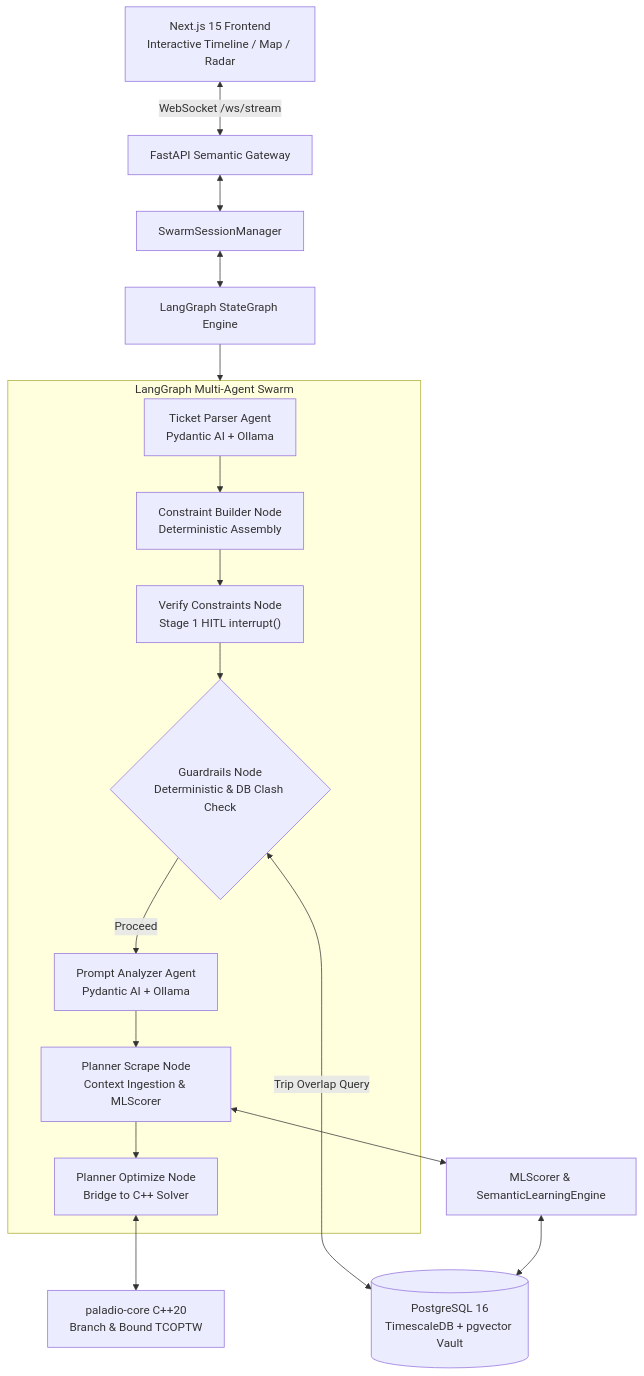
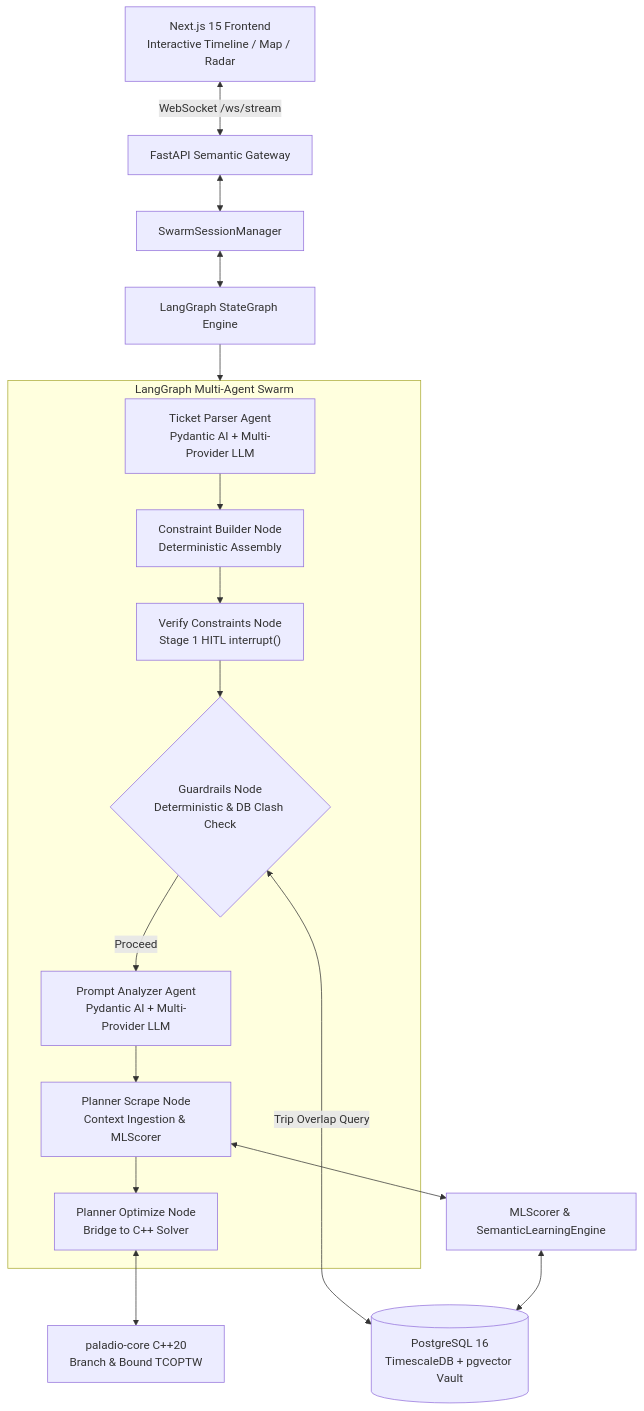
One commit to Leandro-Juan/paladio changed the first of 2 diagrams in README.md. Above: the diagram before and after it, drawn with Mermaid. The commit also changed other lines of this file and 31 other files, not shown here.

````diff
--- a/README.md
+++ b/README.md
@@ -39,21 +39,21 @@
 ```mermaid
 graph TD
     Client["Next.js 15 Frontend<br/>Interactive Timeline / Map / Radar"] <-->|"WebSocket /ws/stream"| Gateway["FastAPI Semantic Gateway"]
     Gateway <--> Session["SwarmSessionManager"]
     Session <--> Graph["LangGraph StateGraph Engine"]
     
     subgraph Swarm["LangGraph Multi-Agent Swarm"]
-        TP["Ticket Parser Agent<br/>Pydantic AI + Ollama"] --> AC["Constraint Builder Node<br/>Deterministic Assembly"]
+        TP["Ticket Parser Agent<br/>Pydantic AI + Multi-Provider LLM"] --> AC["Constraint Builder Node<br/>Deterministic Assembly"]
         AC --> VC["Verify Constraints Node<br/>Stage 1 HITL interrupt()"]
         VC --> GR{"Guardrails Node<br/>Deterministic & DB Clash Check"}
-        GR -->|"Proceed"| PA["Prompt Analyzer Agent<br/>Pydantic AI + Ollama"]
+        GR -->|"Proceed"| PA["Prompt Analyzer Agent<br/>Pydantic AI + Multi-Provider LLM"]
         PA --> PS["Planner Scrape Node<br/>Context Ingestion & MLScorer"]
         PS --> PO["Planner Optimize Node<br/>Bridge to C++ Solver"]
     end
     
     Graph --> Swarm
     GR <-->|"Trip Overlap Query"| PG[("PostgreSQL 16<br/>TimescaleDB + pgvector Vault")]
     PS <--> ML["MLScorer & SemanticLearningEngine"]
     ML <--> PG
     PO <--> Engine["paladio-core C++20<br/>Branch & Bound TCOPTW"]
 ```
````
